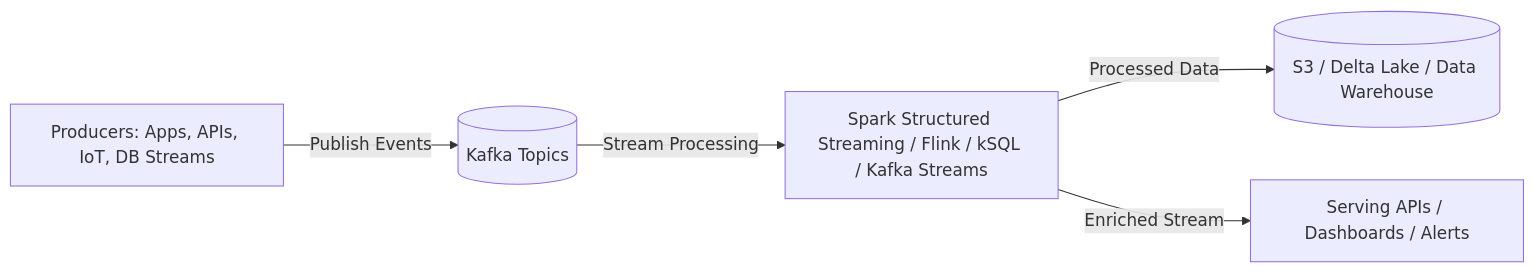
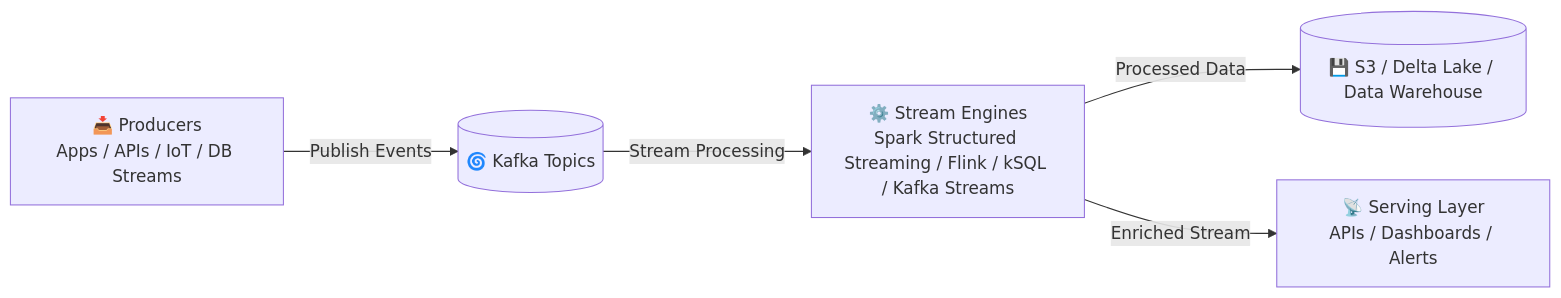
The second of 3 diagrams in bigdata.md (aeishwarymishra/experiment-bigdata), drawn with Mermaid before and after one commit. The commit also changed other lines of this file, not shown here.

````diff
--- a/bigdata.md
+++ b/bigdata.md
@@ -23,8 +28,23 @@
 ```mermaid
+
 graph LR
-    A[Producers: Apps, APIs, IoT, DB Streams] -->|Publish Events| B[(Kafka Topics)]
-    B -->|Stream Processing| C[Spark Structured Streaming / Flink / kSQL / Kafka Streams]
-    C -->|Processed Data| D[(S3 / Delta Lake / Data Warehouse)]
-    C -->|Enriched Stream| E[Serving APIs / Dashboards / Alerts]
+    %% Producers (event sources)
+    A[📥 Producers<br/>Apps / APIs / IoT / DB Streams]
+    %% Kafka as central event hub
+    A -->|Publish Events| B[(🌀 Kafka Topics)]
+    %% Stream processors
+    B -->|Stream Processing| C[⚙️ Stream Engines<br/>Spark Structured Streaming / Flink / kSQL / Kafka Streams]
+    %% Persistent sink
+    C -->|Processed Data| D[(💾 S3 / Delta Lake / Data Warehouse)]
+    %% Real-time consumers
+    C -->|Enriched Stream| E[📡 Serving Layer<br/>APIs / Dashboards / Alerts]
+
+    %% Comments
+    %% A = producers push data continuously
+    %% B = Kafka buffers, partitions, and stores messages durably
+    %% C = stream processors consume and enrich in-flight data
+    %% D = long-term sinks for analytics or history
+    %% E = low-latency consumers for real-time insights
+
 
 ```
````
